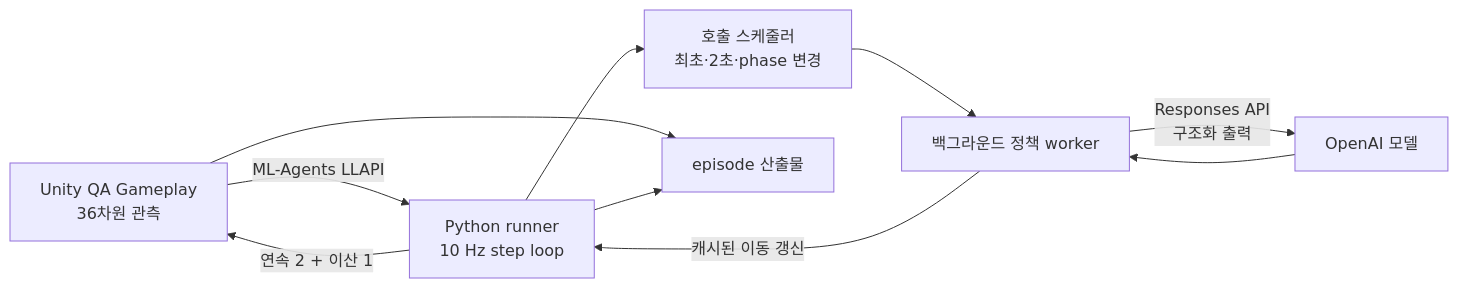
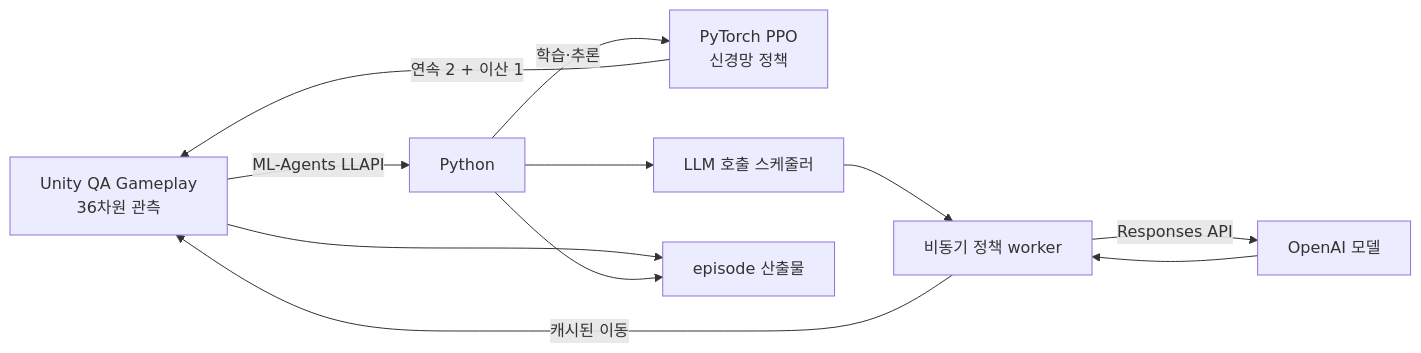
The diagram in docs/qa/AI_AGENT_QA_GUIDE.ko.md (crescent-stdio/VampireSurvivorsClone-qa), drawn with Mermaid before and after one commit. The commit also changed other lines of this file and 3 other files, not shown here.

````diff
--- a/docs/qa/AI_AGENT_QA_GUIDE.ko.md
+++ b/docs/qa/AI_AGENT_QA_GUIDE.ko.md
@@ -17,12 +17,13 @@
 ```mermaid
 flowchart LR
-    Unity["Unity QA Gameplay\n36차원 관측"] -->|"ML-Agents LLAPI"| Runner["Python runner\n10 Hz step loop"]
-    Runner --> Scheduler["호출 스케줄러\n최초·2초·phase 변경"]
-    Scheduler --> Worker["백그라운드 정책 worker"]
-    Worker -->|"Responses API\n구조화 출력"| OpenAI["OpenAI 모델"]
+    Unity["Unity QA Gameplay\n36차원 관측"] -->|"ML-Agents LLAPI"| Runner["Python"]
+    Runner -->|"학습·추론"| PPO["PyTorch PPO\n신경망 정책"]
+    Runner --> Scheduler["LLM 호출 스케줄러"]
+    Scheduler --> Worker["비동기 정책 worker"]
+    Worker -->|"Responses API"| OpenAI["OpenAI 모델"]
     OpenAI --> Worker
-    Worker -->|"캐시된 이동 갱신"| Runner
-    Runner -->|"연속 2 + 이산 1"| Unity
+    PPO -->|"연속 2 + 이산 1"| Unity
+    Worker -->|"캐시된 이동"| Unity
     Unity --> Artifacts["episode 산출물"]
     Runner --> Artifacts
 ```
````
